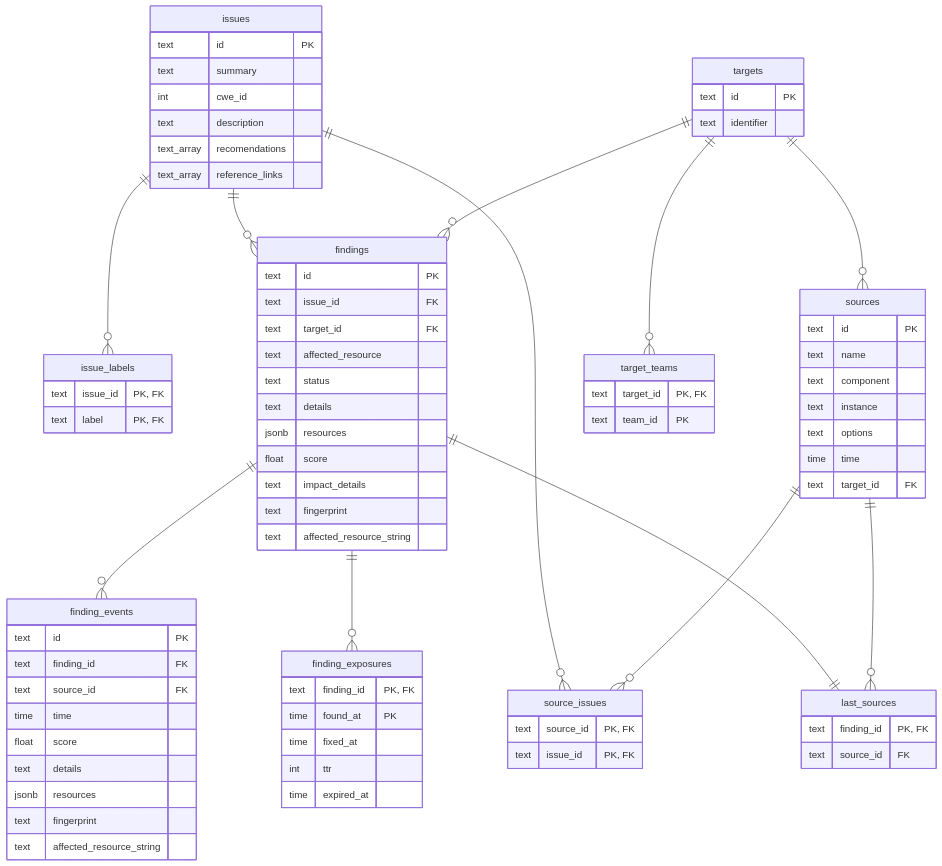
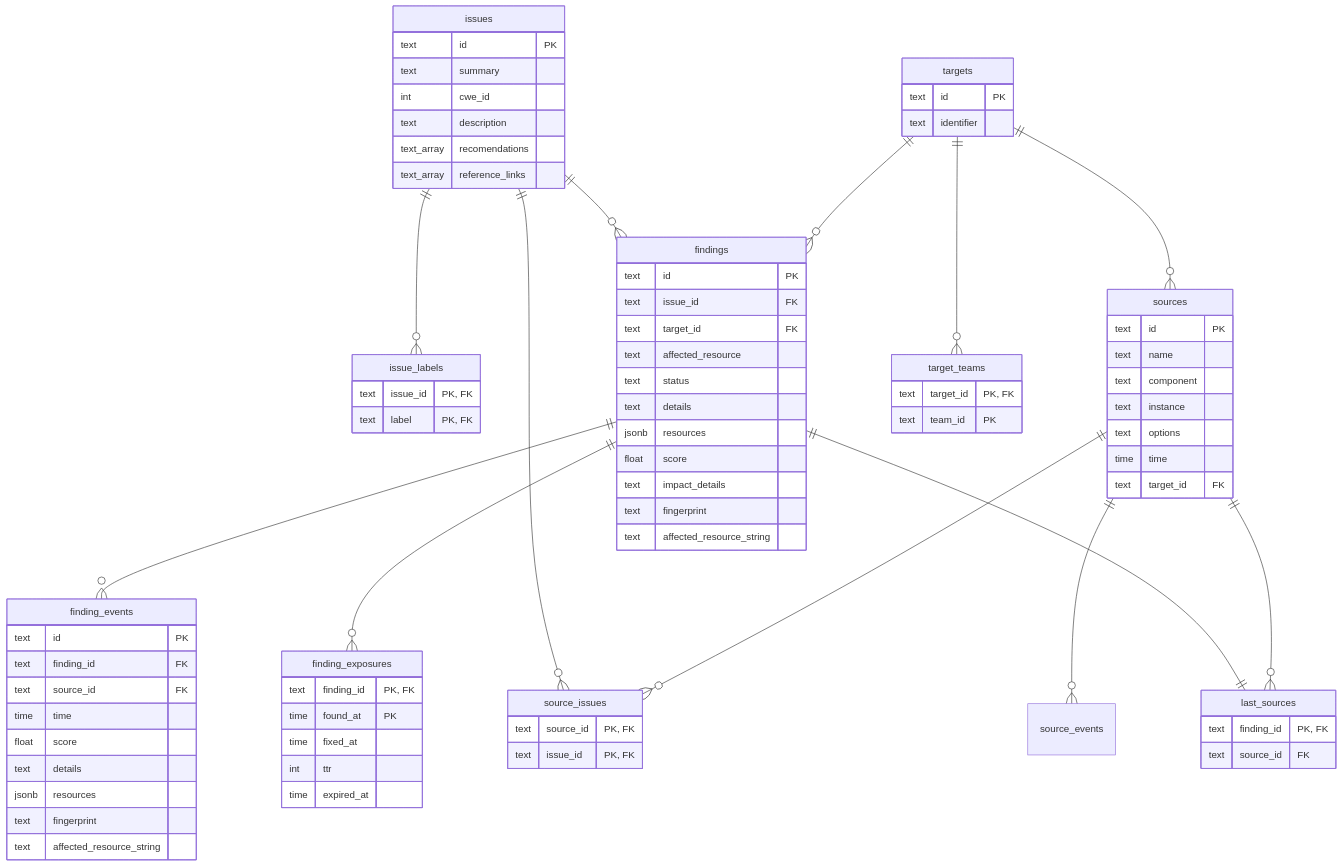
Before and after one commit to adevinta/vulcan-docs: the first of 3 diagrams in docs/data-models.md, drawn with Mermaid.

Commit message:
Update data-models.md
Add missing relationship

```diff
--- a/docs/data-models.md
+++ b/docs/data-models.md
@@ -80,6 +80,7 @@
     targets ||--o{ target_teams : ""
     targets ||--o{ findings : ""
     targets ||--o{ sources : ""
+    sources ||--o{ source_events : ""
     sources ||--o{ source_issues : ""
     sources ||--o{ last_sources : ""
     issues ||--o{ source_issues : ""
```
